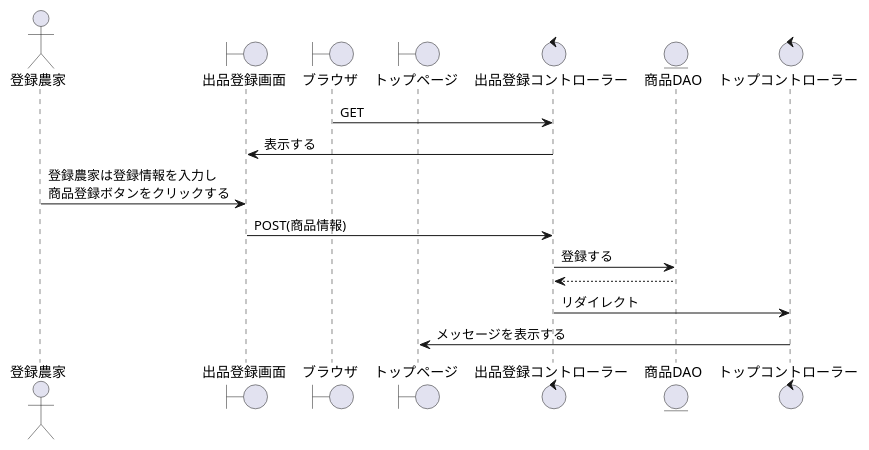
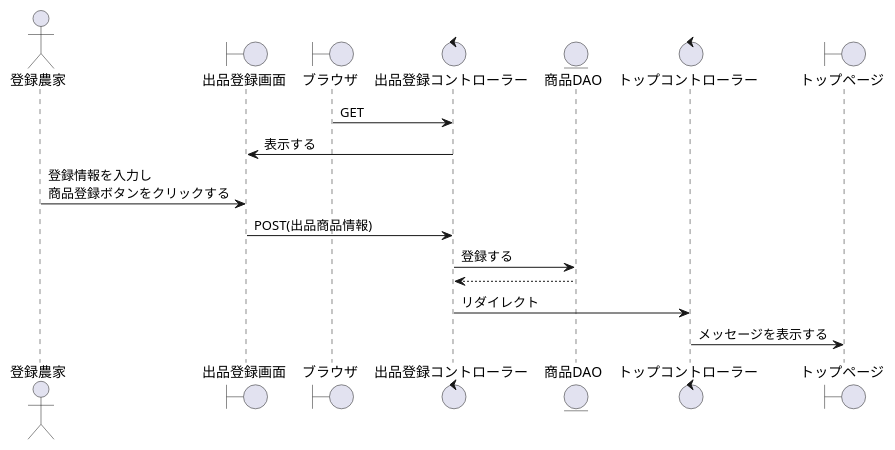
One commit to SK-B-S/PJ changed the diagram in PJ_シーケンス/農家/出品登録.wsd. Above: the diagram before and after it, drawn with PlantUML. The commit also changed 27 other files, not shown here.

```diff
--- a/PJ_シーケンス/農家/出品登録.wsd
+++ b/PJ_シーケンス/農家/出品登録.wsd
@@ -1,21 +1,21 @@
 @startuml 出品登録を表示
 
 actor    "登録農家" as act
 boundary "出品登録画面" as b
 boundary "ブラウザ" as brz
-boundary "トップページ" as Top
 control  "出品登録コントローラー" as Acquisition_c
 entity   "商品DAO" as merchandise
 control  "トップコントローラー" as top_c
+boundary "トップページ" as Top
 
 '-------------------------------------------------------------------------------------------
 
 brz -> Acquisition_c : GET
 b <- Acquisition_c : 表示する
-act -> b : 登録農家は登録情報を入力し\n商品登録ボタンをクリックする
-b -> Acquisition_c : POST(商品情報)
+act -> b : 登録情報を入力し\n商品登録ボタンをクリックする
+b -> Acquisition_c : POST(出品商品情報)
 Acquisition_c -> merchandise : 登録する
-Acquisition_c <-- merchandise 
+Acquisition_c <-- merchandise
 Acquisition_c -> top_c : リダイレクト
 top_c -> Top : メッセージを表示する
 @enduml
```
